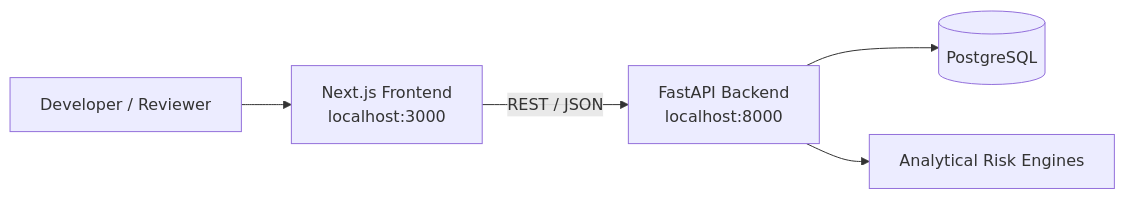
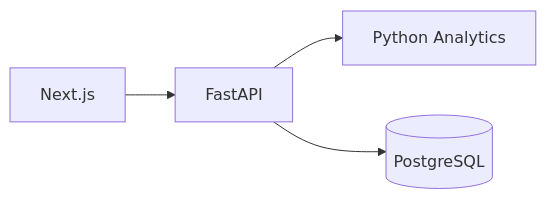
One commit to the-nidhi-bhat/mplads-sentinel changed diagram 17 of 19 in README.md. Above: the diagram before and after it, drawn with Mermaid. The commit also changed other lines of this file, not shown here.

````diff
--- a/README.md
+++ b/README.md
@@ -1138,13 +844,8 @@
 ```mermaid
 flowchart LR
+    A["Next.js"]
+    --> B["FastAPI"]
+    --> C["Python Analytics"]
 
-    USER["Developer / Reviewer"]
-
-    USER --> FRONT["Next.js Frontend<br/>localhost:3000"]
-
-    FRONT -->|"REST / JSON"| API["FastAPI Backend<br/>localhost:8000"]
-
-    API --> DB[("PostgreSQL")]
-
-    API --> ML["Analytical Risk Engines"]
+    B --> D[("PostgreSQL")]
 ```
````
